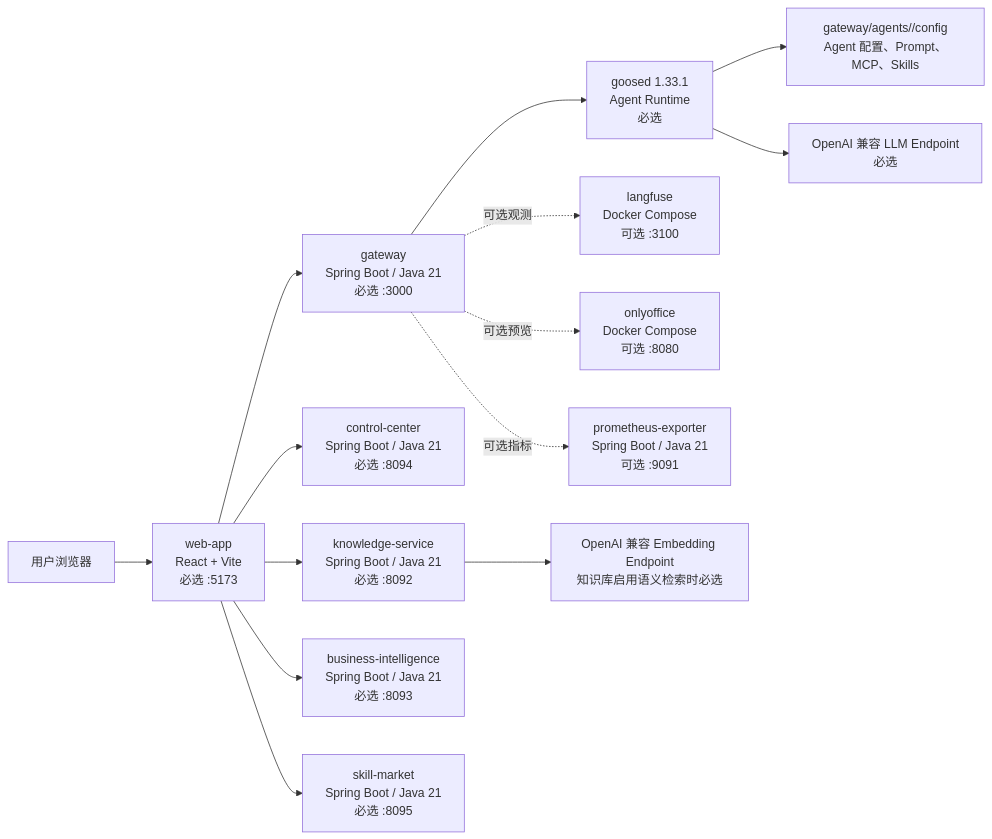
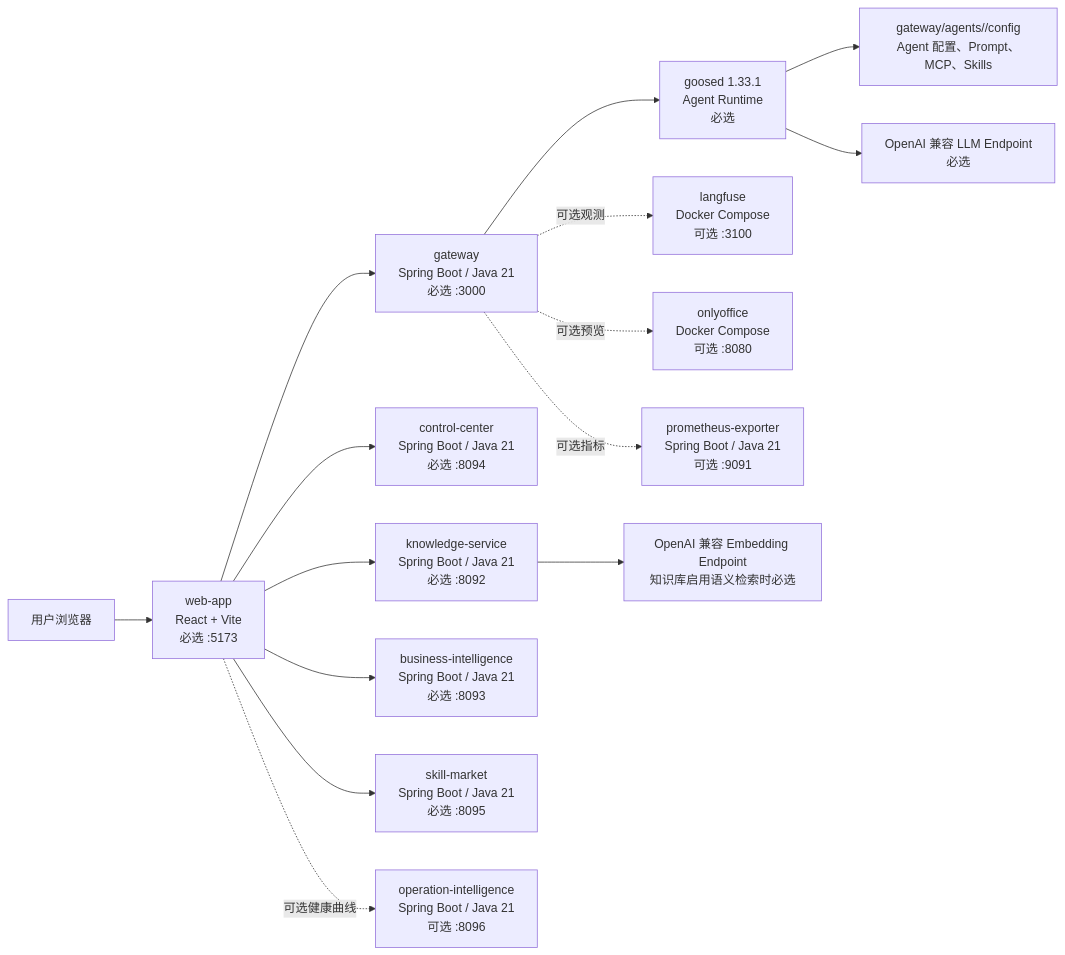
The diagram in docs/deployment/from-scratch-to-running.md (MSAgenticOps/ops-factory), drawn with Mermaid before and after one commit. The commit also changed other lines of this file and 117 other files, not shown here.

````diff
--- a/docs/deployment/from-scratch-to-running.md
+++ b/docs/deployment/from-scratch-to-running.md
@@ -7,19 +7,20 @@
 ```mermaid
 flowchart LR
     user["用户浏览器"] --> web["web-app\nReact + Vite\n必选 :5173"]
 
     web --> gateway["gateway\nSpring Boot / Java 21\n必选 :3000"]
     web --> cc["control-center\nSpring Boot / Java 21\n必选 :8094"]
     web --> ks["knowledge-service\nSpring Boot / Java 21\n必选 :8092"]
     web --> bi["business-intelligence\nSpring Boot / Java 21\n必选 :8093"]
     web --> sm["skill-market\nSpring Boot / Java 21\n必选 :8095"]
 
     gateway --> goosed["goosed 1.33.1\nAgent Runtime\n必选"]
     goosed --> agents["gateway/agents/<agent-id>/config\nAgent 配置、Prompt、MCP、Skills"]
     goosed --> llm["OpenAI 兼容 LLM Endpoint\n必选"]
     ks --> embed["OpenAI 兼容 Embedding Endpoint\n知识库启用语义检索时必选"]
 
     gateway -.可选观测.-> lf["langfuse\nDocker Compose\n可选 :3100"]
     gateway -.可选预览.-> oo["onlyoffice\nDocker Compose\n可选 :8080"]
     gateway -.可选指标.-> pe["prometheus-exporter\nSpring Boot / Java 21\n可选 :9091"]
+    web -.可选健康曲线.-> oi["operation-intelligence\nSpring Boot / Java 21\n可选 :8096"]
 ```
````
